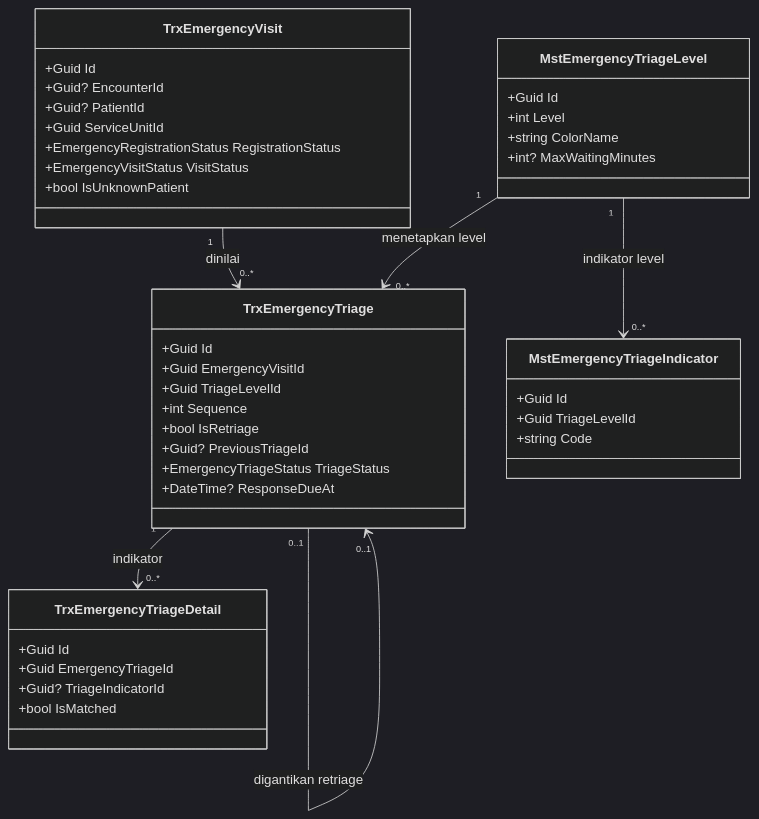
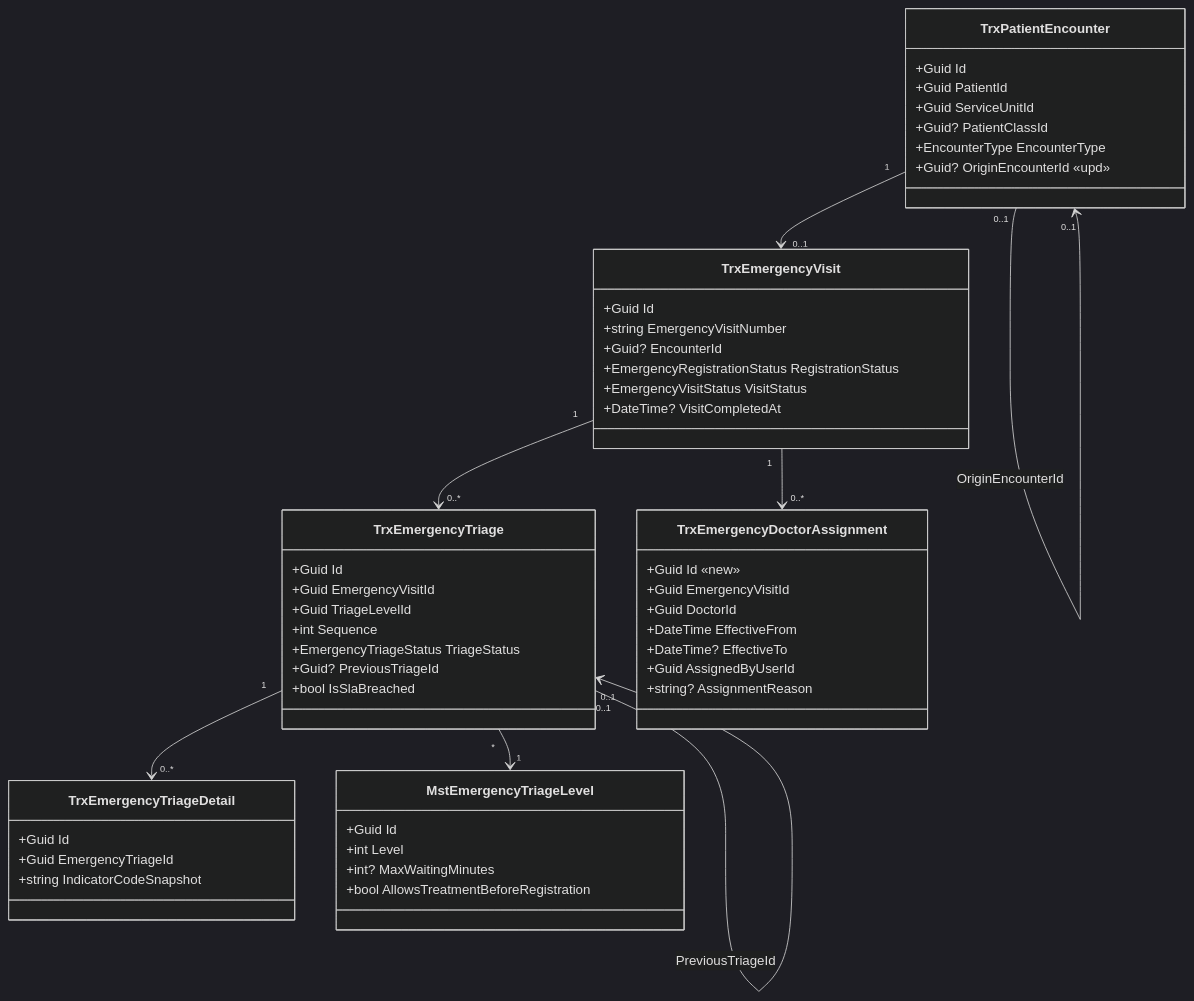
The first of 3 diagrams in docs/module-blueprints/igd/02-backend-architecture.md (DevBenari/NewQuilvianSystemBackend), drawn with Mermaid (dark theme) before and after one commit. The commit also changed other lines of this file and 35 other files, not shown here.

Commit message:
membuat roadmap iGD pengkajian pasien dan transfer pasien

````diff
--- a/docs/module-blueprints/igd/02-backend-architecture.md
+++ b/docs/module-blueprints/igd/02-backend-architecture.md
@@ -48,44 +98,56 @@
 ```mermaid
 classDiagram
+    class TrxPatientEncounter {
+        +Guid Id
+        +Guid PatientId
+        +Guid ServiceUnitId
+        +Guid? PatientClassId
+        +EncounterType EncounterType
+        +Guid? OriginEncounterId «upd»
+    }
     class TrxEmergencyVisit {
         +Guid Id
+        +string EmergencyVisitNumber
         +Guid? EncounterId
-        +Guid? PatientId
-        +Guid ServiceUnitId
         +EmergencyRegistrationStatus RegistrationStatus
         +EmergencyVisitStatus VisitStatus
-        +bool IsUnknownPatient
+        +DateTime? VisitCompletedAt
     }
     class TrxEmergencyTriage {
         +Guid Id
         +Guid EmergencyVisitId
         +Guid TriageLevelId
         +int Sequence
-        +bool IsRetriage
+        +EmergencyTriageStatus TriageStatus
         +Guid? PreviousTriageId
-        +EmergencyTriageStatus TriageStatus
-        +DateTime? ResponseDueAt
+        +bool IsSlaBreached
     }
     class TrxEmergencyTriageDetail {
         +Guid Id
         +Guid EmergencyTriageId
-        +Guid? TriageIndicatorId
-        +bool IsMatched
+        +string IndicatorCodeSnapshot
+    }
+    class TrxEmergencyDoctorAssignment {
+        +Guid Id «new»
+        +Guid EmergencyVisitId
+        +Guid DoctorId
+        +DateTime EffectiveFrom
+        +DateTime? EffectiveTo
+        +Guid AssignedByUserId
+        +string? AssignmentReason
     }
     class MstEmergencyTriageLevel {
         +Guid Id
         +int Level
-        +string ColorName
         +int? MaxWaitingMinutes
+        +bool AllowsTreatmentBeforeRegistration
     }
-    class MstEmergencyTriageIndicator {
-        +Guid Id
-        +Guid TriageLevelId
-        +string Code
-    }
-    TrxEmergencyVisit "1" --> "0..*" TrxEmergencyTriage : dinilai
-    TrxEmergencyTriage "1" --> "0..*" TrxEmergencyTriageDetail : indikator
-    TrxEmergencyTriage "0..1" --> "0..1" TrxEmergencyTriage : digantikan retriage
-    MstEmergencyTriageLevel "1" --> "0..*" TrxEmergencyTriage : menetapkan level
-    MstEmergencyTriageLevel "1" --> "0..*" MstEmergencyTriageIndicator : indikator level
+
+    TrxPatientEncounter "1" --> "0..1" TrxEmergencyVisit
+    TrxPatientEncounter "0..1" --> "0..1" TrxPatientEncounter : OriginEncounterId
+    TrxEmergencyVisit "1" --> "0..*" TrxEmergencyTriage
+    TrxEmergencyTriage "1" --> "0..*" TrxEmergencyTriageDetail
+    TrxEmergencyTriage "0..1" --> "0..1" TrxEmergencyTriage : PreviousTriageId
+    TrxEmergencyTriage "*" --> "1" MstEmergencyTriageLevel
+    TrxEmergencyVisit "1" --> "0..*" TrxEmergencyDoctorAssignment
 ```
````
